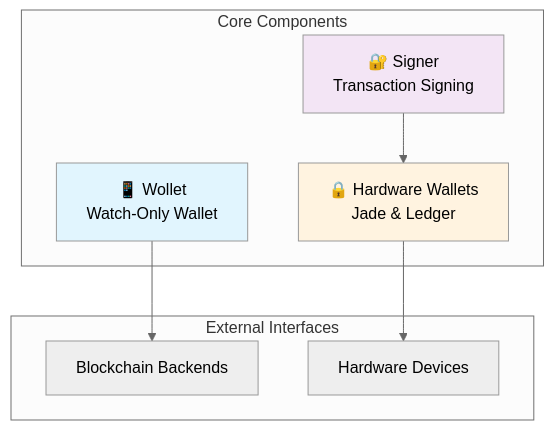
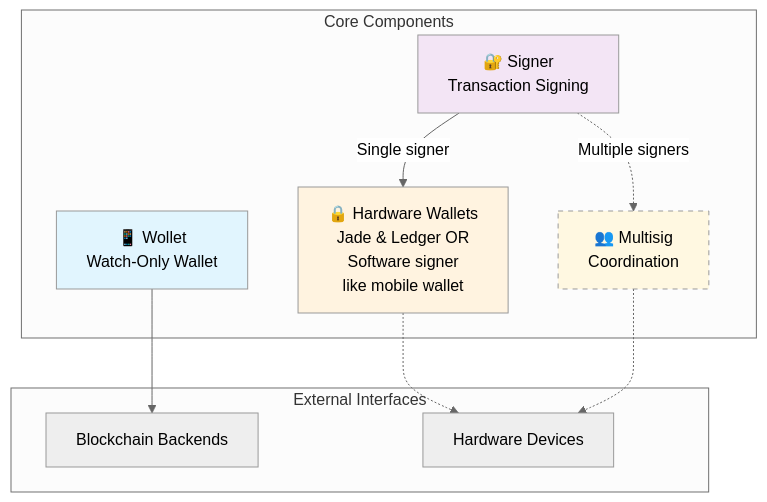
Before and after one commit to GianGuaz256/lwk-new-docs: the first of 2 diagrams in docs/core-components/README.md, drawn with Mermaid (neutral theme). The commit also changed other lines of this file and 7 other files, not shown here.

````diff
--- a/docs/core-components/README.md
+++ b/docs/core-components/README.md
@@ -17,21 +17,25 @@
 ```mermaid
 graph TB
     subgraph "Core Components"
         WOLLET[📱 Wollet<br/>Watch-Only Wallet]
         SIGNER[🔐 Signer<br/>Transaction Signing]
-        HW[🔒 Hardware Wallets<br/>Jade & Ledger]
+        HW[🔒 Hardware Wallets<br/>Jade & Ledger OR<br/>Software signer<br/>like mobile wallet]
+        MULTISIG[👥 Multisig<br/>Coordination]
     end
     
     subgraph "External Interfaces"
         BLOCKCHAIN[Blockchain Backends]
         DEVICES[Hardware Devices]
     end
     
-    SIGNER --> HW
-    HW --> DEVICES
+    SIGNER -->|Single signer| HW
+    SIGNER -.->|Multiple signers| MULTISIG
+    HW -.-> DEVICES
+    MULTISIG -.-> DEVICES
     WOLLET --> BLOCKCHAIN
     
     style WOLLET fill:#e1f5fe
     style SIGNER fill:#f3e5f5
     style HW fill:#fff3e0
+    style MULTISIG stroke-dasharray: 5 5,fill:#fff8e1
 ```
````
